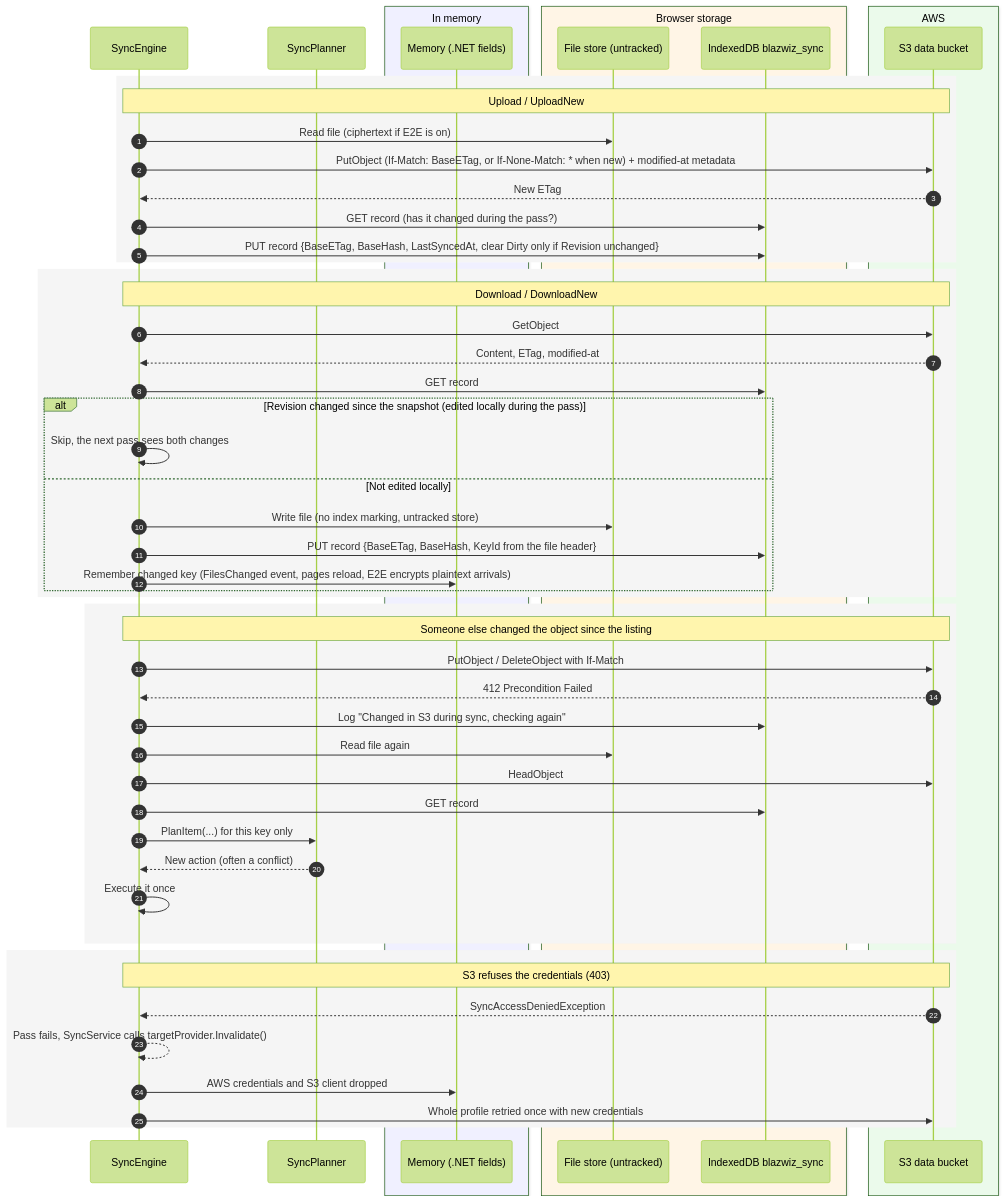
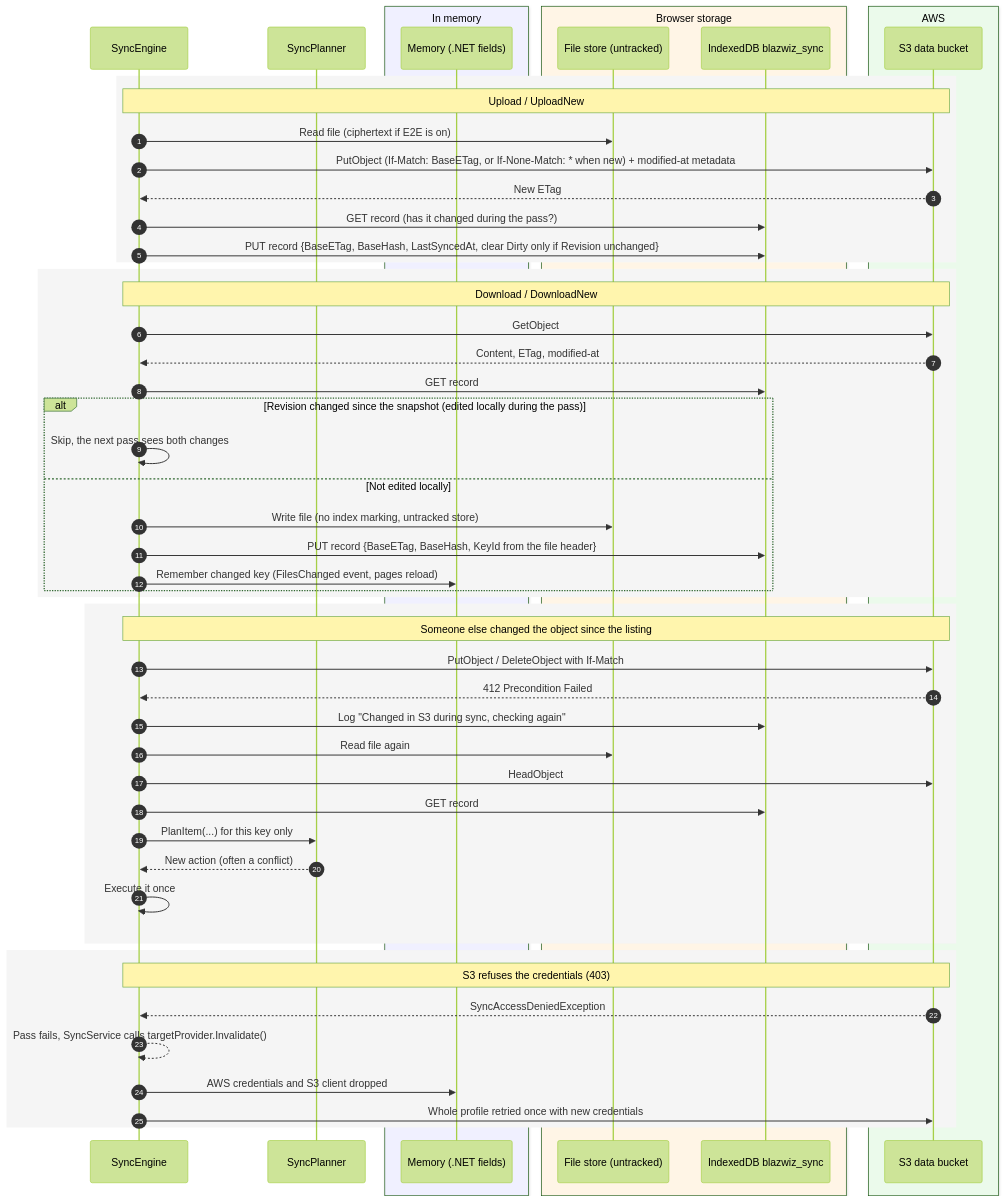
Before and after one commit to devoctomy/blazwiz: the fourth of 6 diagrams in docs/diagrams/sync.md, drawn with Mermaid (forest theme). The commit also changed other lines of this file and 235 other files, not shown here.

````diff
--- a/docs/diagrams/sync.md
+++ b/docs/diagrams/sync.md
@@ -243,60 +245,60 @@
 ```mermaid
 sequenceDiagram
     autonumber
     participant Eng as SyncEngine
     participant Plan as SyncPlanner
     box rgb(240,240,255) In memory
         participant Mem as Memory (.NET fields)
     end
     box rgb(255,245,230) Browser storage
         participant Files as File store (untracked)
         participant IDB as IndexedDB blazwiz_sync
     end
     box rgb(235,250,235) AWS
         participant S3 as S3 data bucket
     end
 
     rect rgb(245,245,245)
     Note over Eng,S3: Upload / UploadNew
     Eng->>Files: Read file (ciphertext if E2E is on)
     Eng->>S3: PutObject (If-Match: BaseETag, or If-None-Match: * when new) + modified-at metadata
     S3-->>Eng: New ETag
     Eng->>IDB: GET record (has it changed during the pass?)
     Eng->>IDB: PUT record {BaseETag, BaseHash, LastSyncedAt, clear Dirty only if Revision unchanged}
     end
 
     rect rgb(245,245,245)
     Note over Eng,S3: Download / DownloadNew
     Eng->>S3: GetObject
     S3-->>Eng: Content, ETag, modified-at
     Eng->>IDB: GET record
     alt Revision changed since the snapshot (edited locally during the pass)
         Eng->>Eng: Skip, the next pass sees both changes
     else Not edited locally
         Eng->>Files: Write file (no index marking, untracked store)
         Eng->>IDB: PUT record {BaseETag, BaseHash, KeyId from the file header}
-        Eng->>Mem: Remember changed key (FilesChanged event, pages reload, E2E encrypts plaintext arrivals)
+        Eng->>Mem: Remember changed key (FilesChanged event, pages reload)
     end
     end
 
     rect rgb(245,245,245)
     Note over Eng,S3: Someone else changed the object since the listing
     Eng->>S3: PutObject / DeleteObject with If-Match
     S3-->>Eng: 412 Precondition Failed
     Eng->>IDB: Log "Changed in S3 during sync, checking again"
     Eng->>Files: Read file again
     Eng->>S3: HeadObject
     Eng->>IDB: GET record
     Eng->>Plan: PlanItem(...) for this key only
     Plan-->>Eng: New action (often a conflict)
     Eng->>Eng: Execute it once
     end
 
     rect rgb(245,245,245)
     Note over Eng,S3: S3 refuses the credentials (403)
     S3-->>Eng: SyncAccessDeniedException
     Eng-->>Eng: Pass fails, SyncService calls targetProvider.Invalidate()
     Eng->>Mem: AWS credentials and S3 client dropped
     Eng->>S3: Whole profile retried once with new credentials
     end
 ```
````
